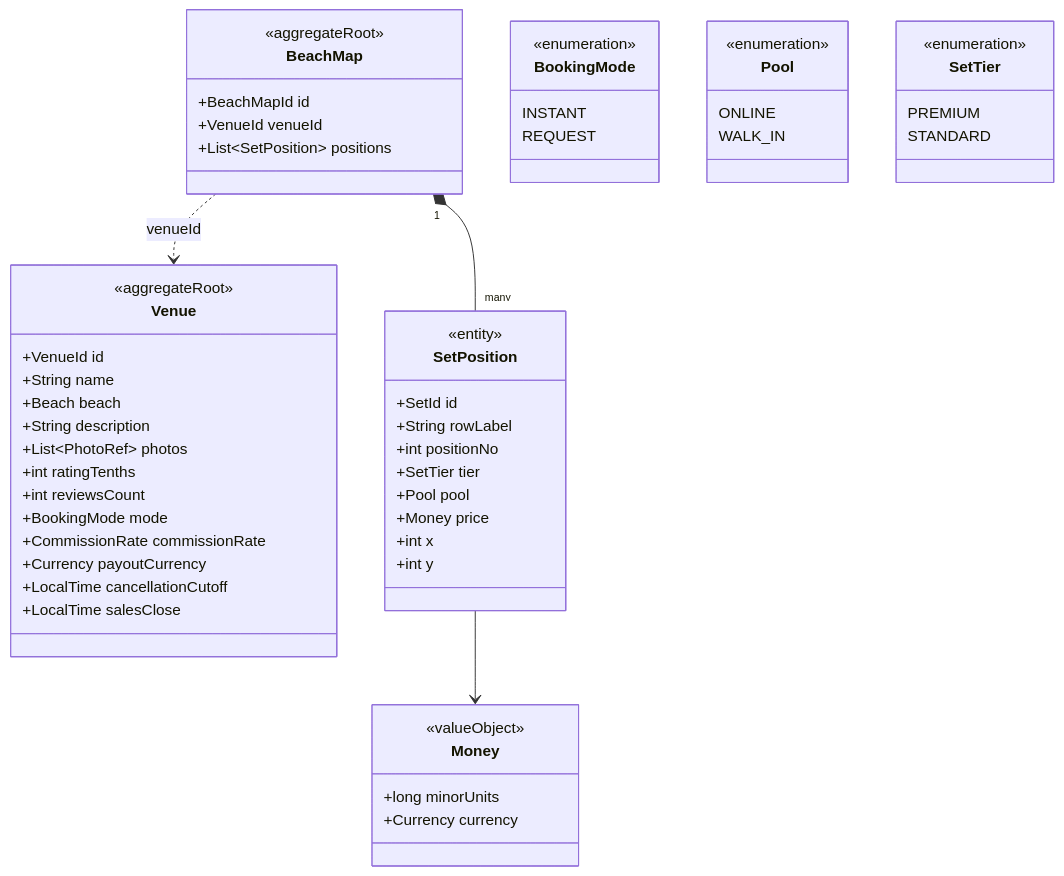
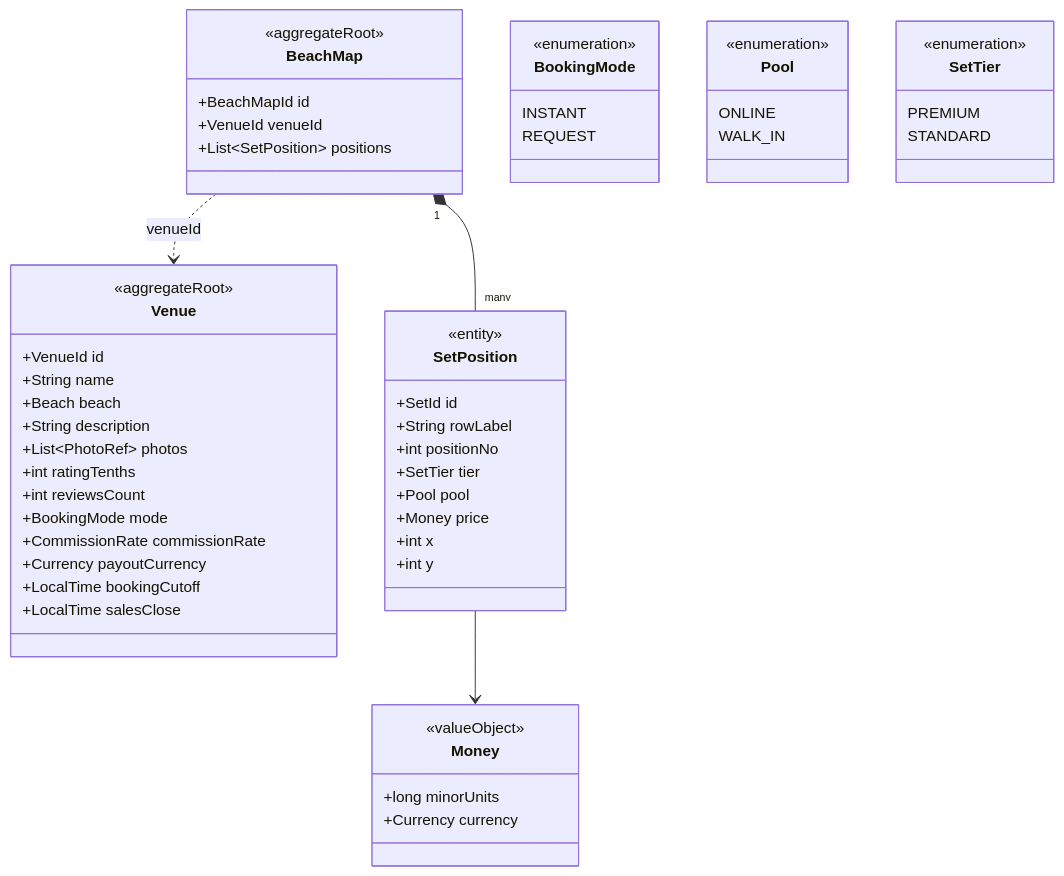
Before and after one commit to ivopogace/riviera-sunbed-booking: the third of 12 diagrams in docs/architecture/domain-model.md, drawn with Mermaid. The commit also changed other lines of this file and 3 other files, not shown here.

````diff
--- a/docs/architecture/domain-model.md
+++ b/docs/architecture/domain-model.md
@@ -143,58 +143,58 @@
 ```mermaid
 classDiagram
     class Venue {
         <<aggregateRoot>>
         +VenueId id
         +String name
         +Beach beach
         +String description
         +List~PhotoRef~ photos
         +int ratingTenths
         +int reviewsCount
         +BookingMode mode
         +CommissionRate commissionRate
         +Currency payoutCurrency
-        +LocalTime cancellationCutoff
+        +LocalTime bookingCutoff
         +LocalTime salesClose
     }
     class BeachMap {
         <<aggregateRoot>>
         +BeachMapId id
         +VenueId venueId
         +List~SetPosition~ positions
     }
     class SetPosition {
         <<entity>>
         +SetId id
         +String rowLabel
         +int positionNo
         +SetTier tier
         +Pool pool
         +Money price
         +int x
         +int y
     }
     class Money {
         <<valueObject>>
         +long minorUnits
         +Currency currency
     }
     class BookingMode {
         <<enumeration>>
         INSTANT
         REQUEST
     }
     class Pool {
         <<enumeration>>
         ONLINE
         WALK_IN
     }
     class SetTier {
         <<enumeration>>
         PREMIUM
         STANDARD
     }
     BeachMap "1" *-- "many" SetPosition
     SetPosition --> Money
     BeachMap ..> Venue : venueId
 ```
````
